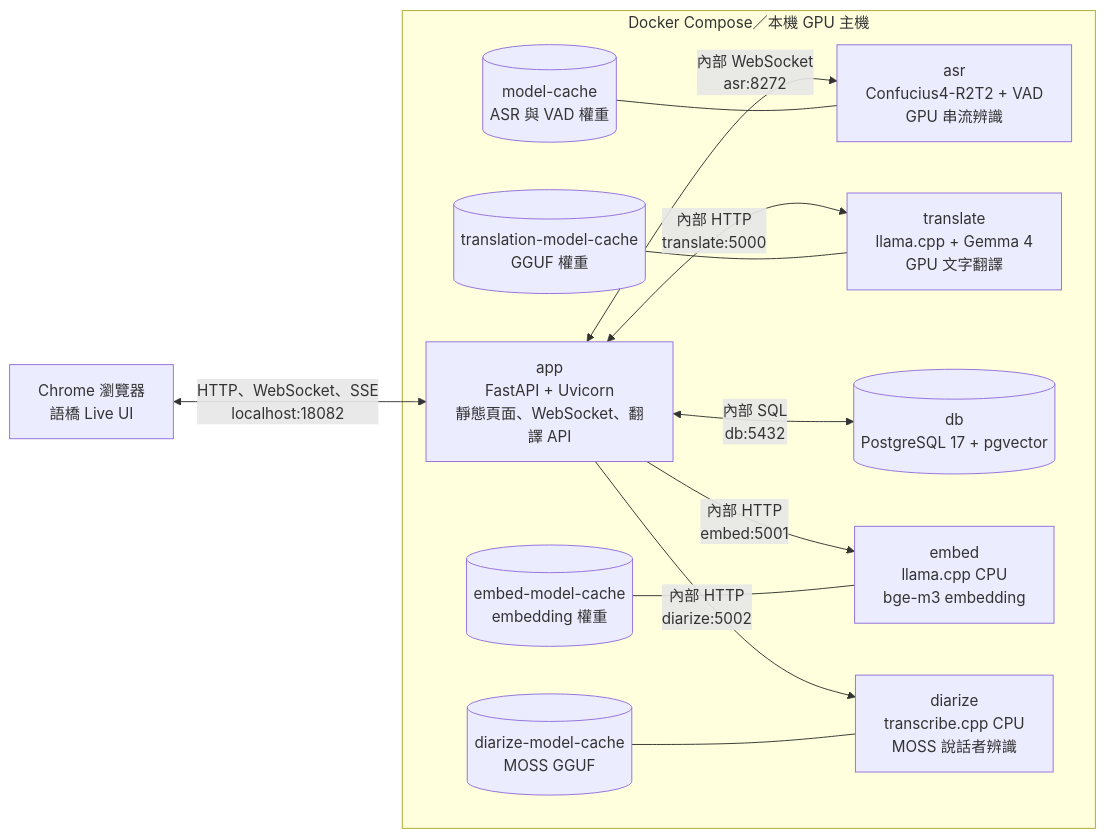
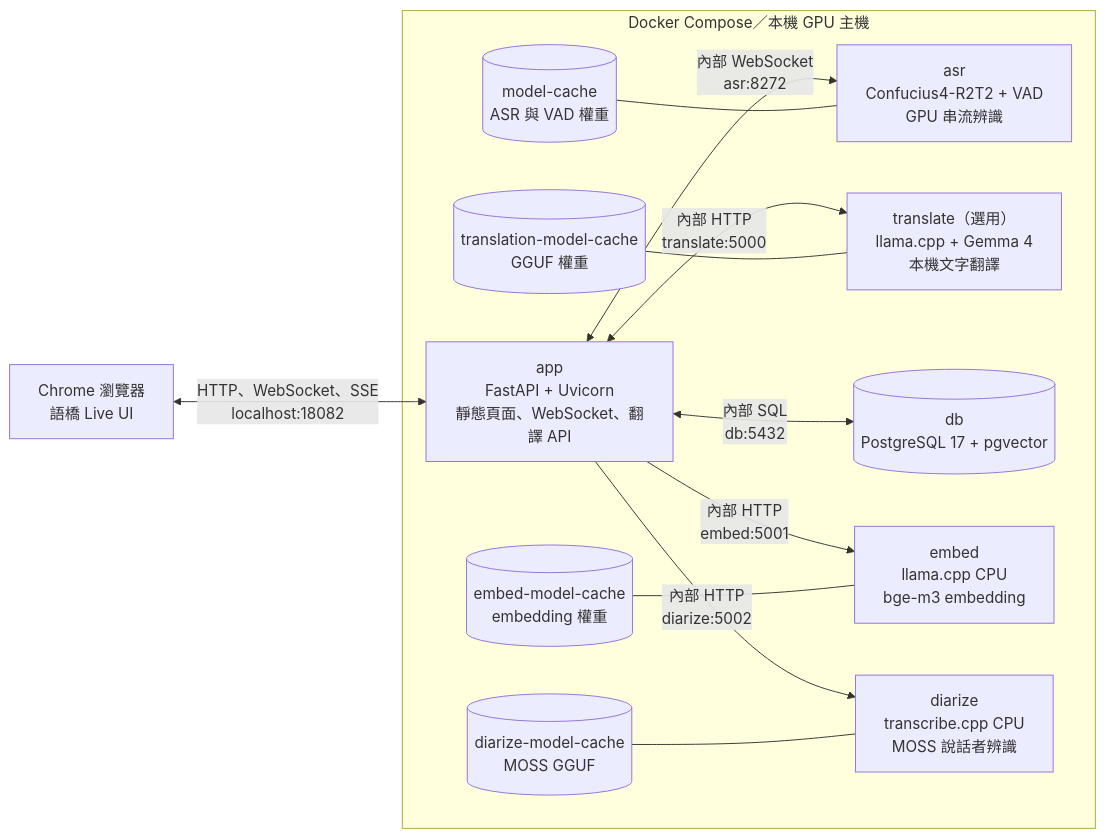
The first of 3 diagrams in README.md (myyang19770915/LiveTranscription), drawn with Mermaid before and after one commit. The commit also changed other lines of this file and 1 other file, not shown here.

````diff
--- a/README.md
+++ b/README.md
@@ -40,26 +40,26 @@
 ```mermaid
 flowchart LR
   browser[Chrome 瀏覽器<br/>語橋 Live UI]
   subgraph docker[Docker Compose／本機 GPU 主機]
     app[app<br/>FastAPI + Uvicorn<br/>靜態頁面、WebSocket、翻譯 API]
     asr[asr<br/>Confucius4-R2T2 + VAD<br/>GPU 串流辨識]
-    translate[translate<br/>llama.cpp + Gemma 4<br/>GPU 文字翻譯]
+    translate[translate（選用）<br/>llama.cpp + Gemma 4<br/>本機文字翻譯]
     asrCache[(model-cache<br/>ASR 與 VAD 權重)]
     translateCache[(translation-model-cache<br/>GGUF 權重)]
     db[(db<br/>PostgreSQL 17 + pgvector)]
     embed[embed<br/>llama.cpp CPU<br/>bge-m3 embedding]
     embedCache[(embed-model-cache<br/>embedding 權重)]
     diarize[diarize<br/>transcribe.cpp CPU<br/>MOSS 說話者辨識]
     diarizeCache[(diarize-model-cache<br/>MOSS GGUF)]
   end
   browser <-->|HTTP、WebSocket、SSE<br/>localhost:18082| app
   app <-->|內部 WebSocket<br/>asr:8272| asr
   app <-->|內部 HTTP<br/>translate:5000| translate
   asrCache --- asr
   translateCache --- translate
   app <-->|內部 SQL<br/>db:5432| db
   app -->|內部 HTTP<br/>embed:5001| embed
   embedCache --- embed
   app -->|內部 HTTP<br/>diarize:5002| diarize
   diarizeCache --- diarize
 ```
````
